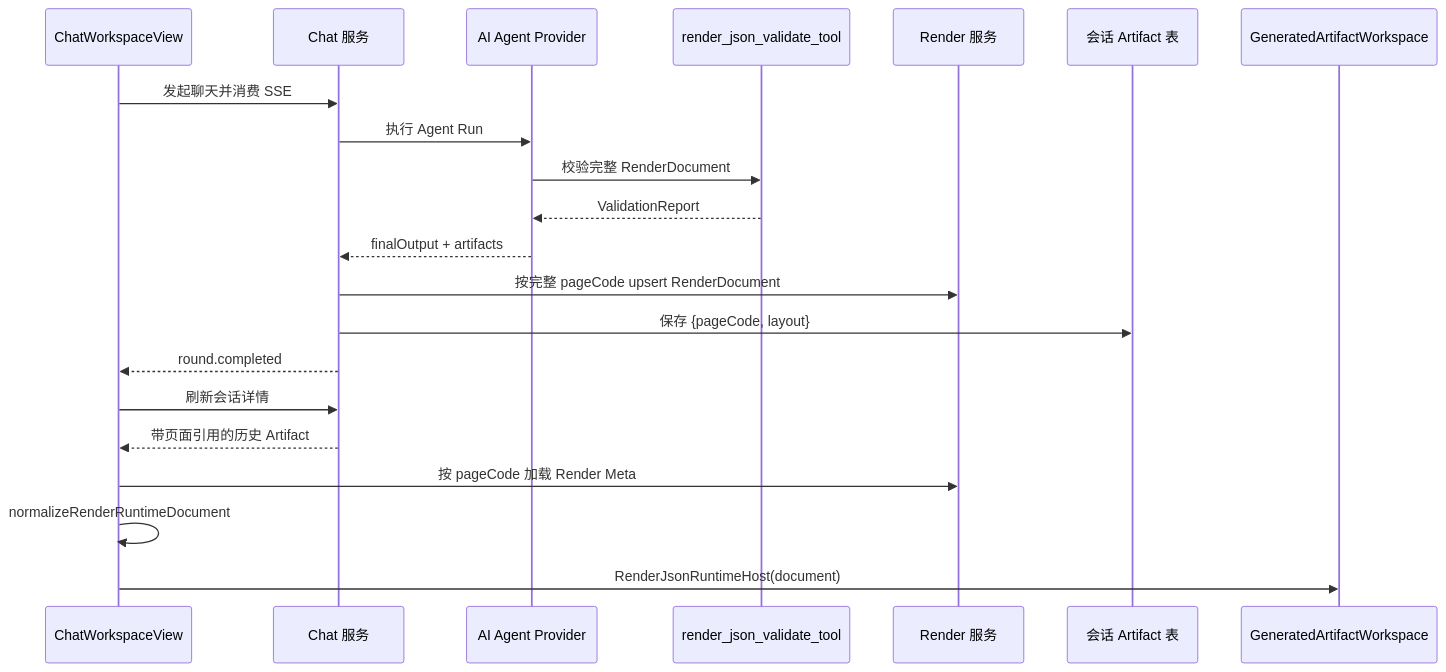
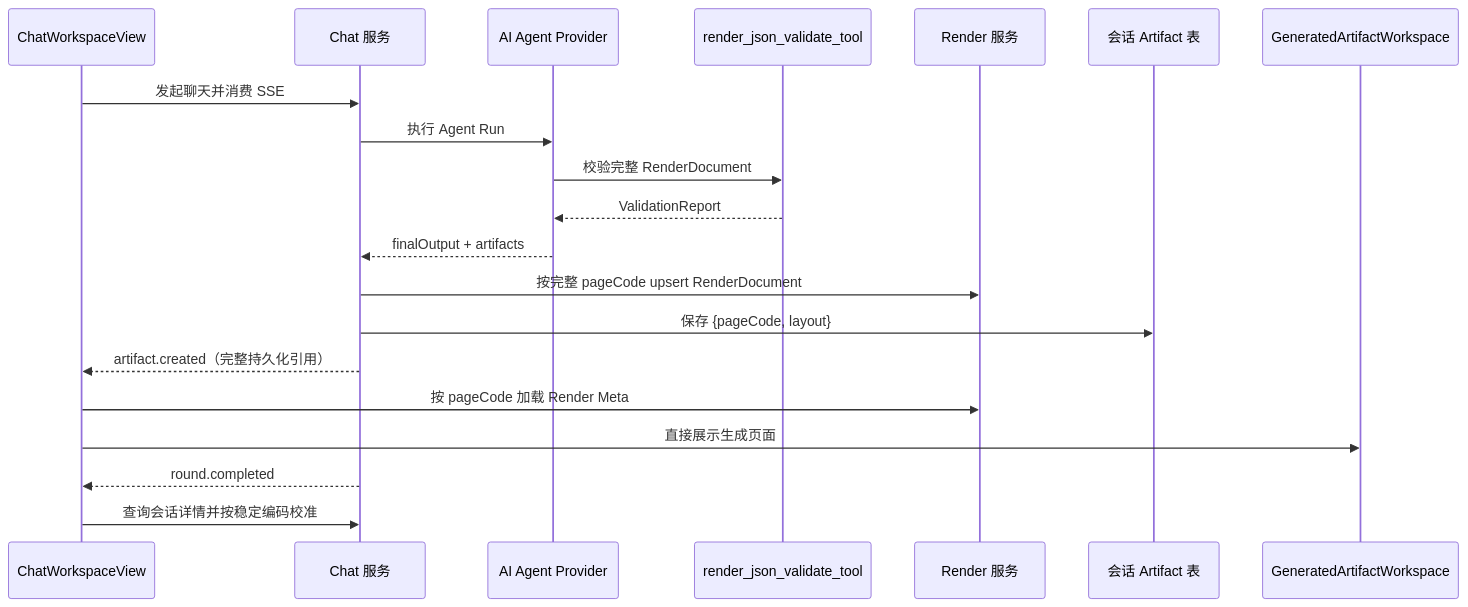
Before and after one commit to jouzitong/ai-assit-platform: the fifth of 5 diagrams in docs/technical/render-json/architecture-and-interaction.md, drawn with Mermaid. The commit also changed other lines of this file and 18 other files, not shown here.

````diff
--- a/docs/technical/render-json/architecture-and-interaction.md
+++ b/docs/technical/render-json/architecture-and-interaction.md
@@ -321,24 +321,23 @@
 ```mermaid
 sequenceDiagram
     participant UI as ChatWorkspaceView
     participant Chat as Chat 服务
     participant Agent as AI Agent Provider
     participant Tool as render_json_validate_tool
     participant Render as Render 服务
     participant History as 会话 Artifact 表
     participant Preview as GeneratedArtifactWorkspace
 
     UI->>Chat: 发起聊天并消费 SSE
     Chat->>Agent: 执行 Agent Run
     Agent->>Tool: 校验完整 RenderDocument
     Tool-->>Agent: ValidationReport
     Agent-->>Chat: finalOutput + artifacts
     Chat->>Render: 按完整 pageCode upsert RenderDocument
     Chat->>History: 保存 {pageCode, layout}
+    Chat-->>UI: artifact.created（完整持久化引用）
+    UI->>Render: 按 pageCode 加载 Render Meta
+    UI->>Preview: 直接展示生成页面
     Chat-->>UI: round.completed
-    UI->>Chat: 刷新会话详情
-    Chat-->>UI: 带页面引用的历史 Artifact
-    UI->>Render: 按 pageCode 加载 Render Meta
-    UI->>UI: normalizeRenderRuntimeDocument
-    UI->>Preview: RenderJsonRuntimeHost(document)
+    UI->>Chat: 查询会话详情并按稳定编码校准
 ```
````
